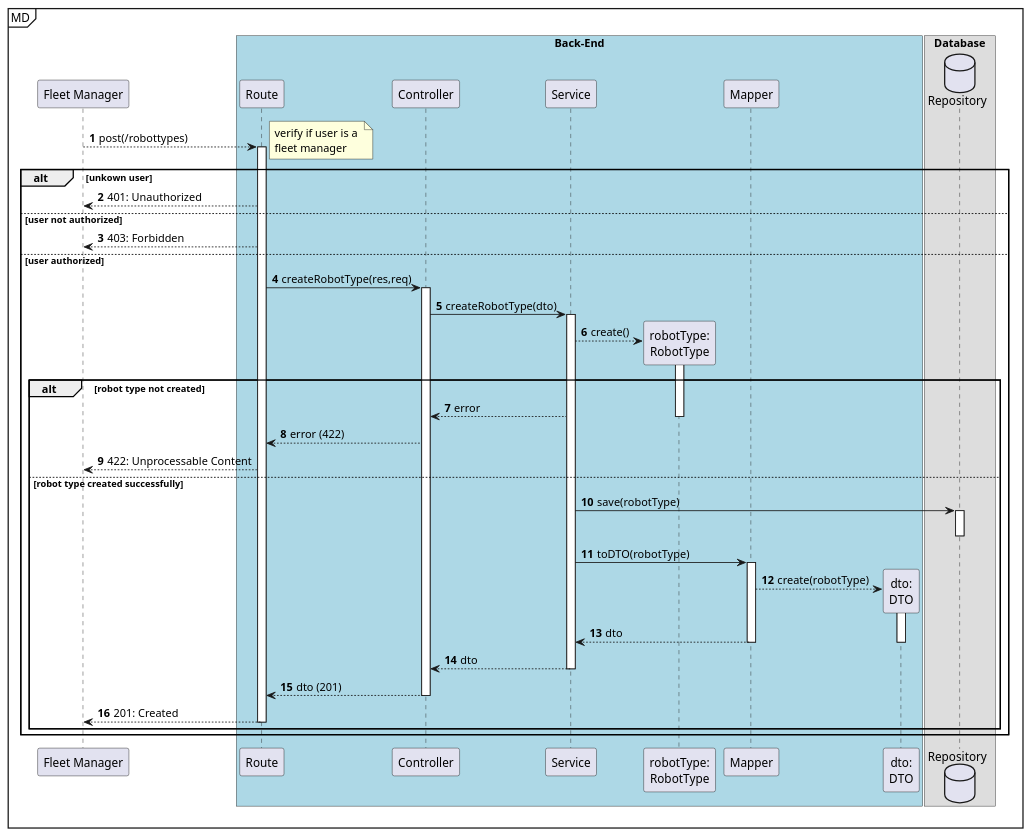
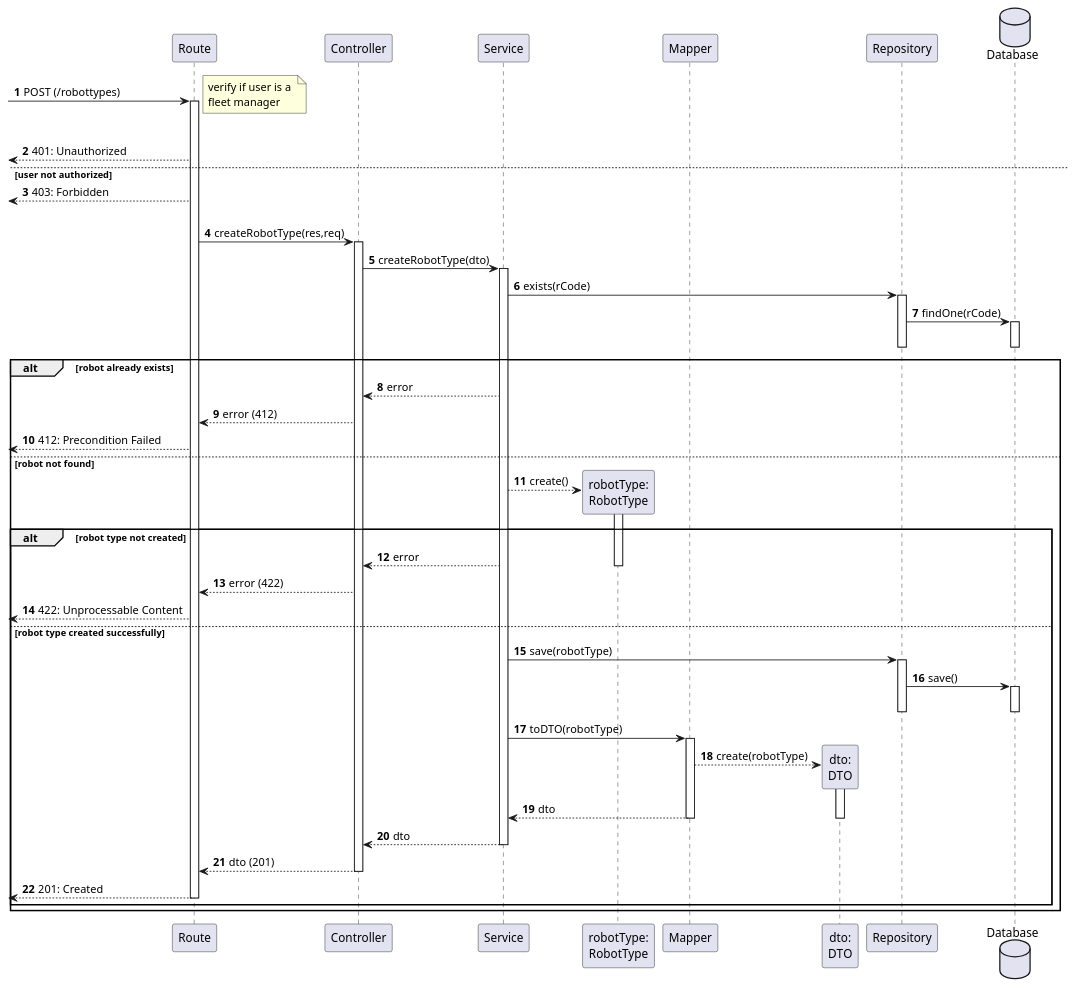
One commit to Departamento-de-Engenharia-Informatica/lapr5-23-24-g19 changed the diagram in docs/us350/level3/process-view.puml. Above: the diagram before and after it, drawn with PlantUML. The commit also changed 5 other files, not shown here.

```diff
--- a/docs/us350/level3/process-view.puml
+++ b/docs/us350/level3/process-view.puml
@@ -1,67 +1,82 @@
 @startuml
 autonumber
 
-participant "Fleet Manager" as ui
-mainframe MD
-box "Back-End" #LightBlue
 
 participant "Route" as r
 participant "Controller" as ctrl
 participant "Service" as svc
 
 participant "robotType:\nRobotType" as b
 participant "Mapper" as map
 participant "dto:\nDTO" as dto
-end box
-box "Database"
-database "Repository" as repo
-end box
 
-ui --> r: post(/robottypes)
+participant "Repository" as repo
+database "Database" as db
+
+
+[->r: POST (/robottypes)
 
     activate r
         note right: verify if user is a \nfleet manager
         alt unkown user
-            r --> ui : 401: Unauthorized
+            [<-- r : 401: Unauthorized
         else user not authorized
-            r --> ui : 403: Forbidden
+            [<-- r : 403: Forbidden
         else user authorized
 
         r -> ctrl : createRobotType(res,req)
             activate ctrl
                 ctrl -> svc : createRobotType(dto)
                 activate svc
+
+                    svc -> repo: exists(rCode)
+                    activate repo
+                        repo -> db: findOne(rCode)
+                        activate db
+                        deactivate db
+                    deactivate repo
+
+                    alt robot already exists
+                    svc --> ctrl : error
+                    ctrl --> r : error (412)
+                        [<-- r : 412: Precondition Failed
+
+                    else robot not found
+
 
                     svc --> b **: create()
                     activate b
 
                     alt robot type not created
                         svc --> ctrl : error
                         deactivate b
                         ctrl --> r : error (422)
-                        r --> ui : 422: Unprocessable Content
+                        [<-- r : 422: Unprocessable Content
                     else robot type created successfully
                     svc -> repo : save(robotType)
                     activate repo
+                        repo -> db : save()
+                        activate db
+                        deactivate db
                     deactivate repo
 
                     svc -> map : toDTO(robotType)
                     activate map
                         map --> dto **: create(robotType)
                         activate dto
 
                         map --> svc : dto
                         deactivate dto
                     deactivate map
 
                     svc --> ctrl : dto
                 deactivate svc
 
                 ctrl --> r : dto (201)
             deactivate ctrl
-        r --> ui: 201: Created
+        [<-- r: 201: Created
     deactivate r
 end
 end
 
 @enduml
```
